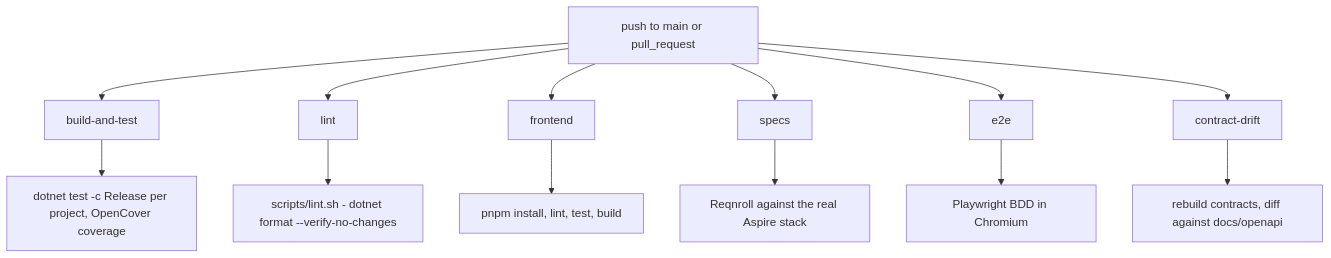
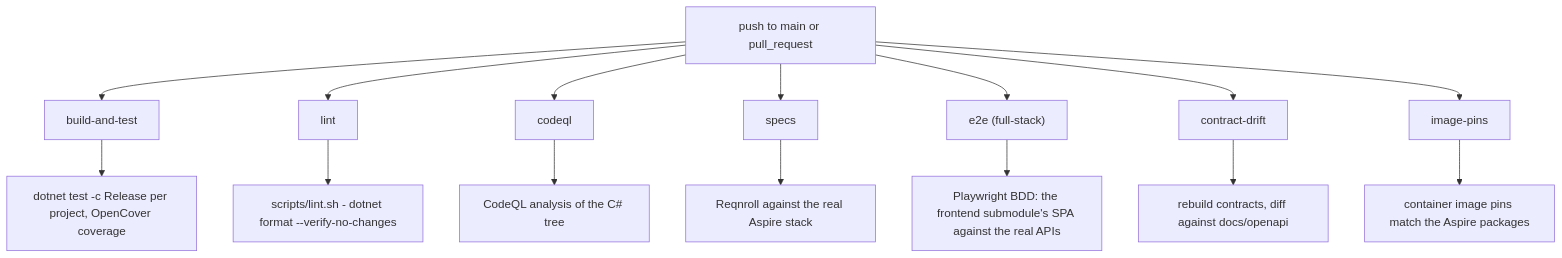
Before and after one commit to josnelihurt/code.examples.net.quotes: the seventh of 7 diagrams in docs/system-design.md, drawn with Mermaid. The commit also changed other lines of this file and 7 other files, not shown here.

````diff
--- a/docs/system-design.md
+++ b/docs/system-design.md
@@ -279,24 +279,27 @@
 ```mermaid
 flowchart TD
   push["push to main or pull_request"]
   bt["build-and-test"]
   lint["lint"]
-  fe["frontend"]
+  codeql["codeql"]
   specs["specs"]
-  e2e["e2e"]
+  e2e["e2e (full-stack)"]
   drift["contract-drift"]
+  pins["image-pins"]
 
   push --> bt
   push --> lint
-  push --> fe
+  push --> codeql
   push --> specs
   push --> e2e
   push --> drift
+  push --> pins
 
   bt --> btd["dotnet test -c Release per project, OpenCover coverage"]
   lint --> lintd["scripts/lint.sh - dotnet format --verify-no-changes"]
-  fe --> fed["pnpm install, lint, test, build"]
+  codeql --> codeqld["CodeQL analysis of the C# tree"]
   specs --> specsd["Reqnroll against the real Aspire stack"]
-  e2e --> e2ed["Playwright BDD in Chromium"]
+  e2e --> e2ed["Playwright BDD: the frontend submodule's SPA against the real APIs"]
   drift --> driftd["rebuild contracts, diff against docs/openapi"]
+  pins --> pinsd["container image pins match the Aspire packages"]
 ```
````
